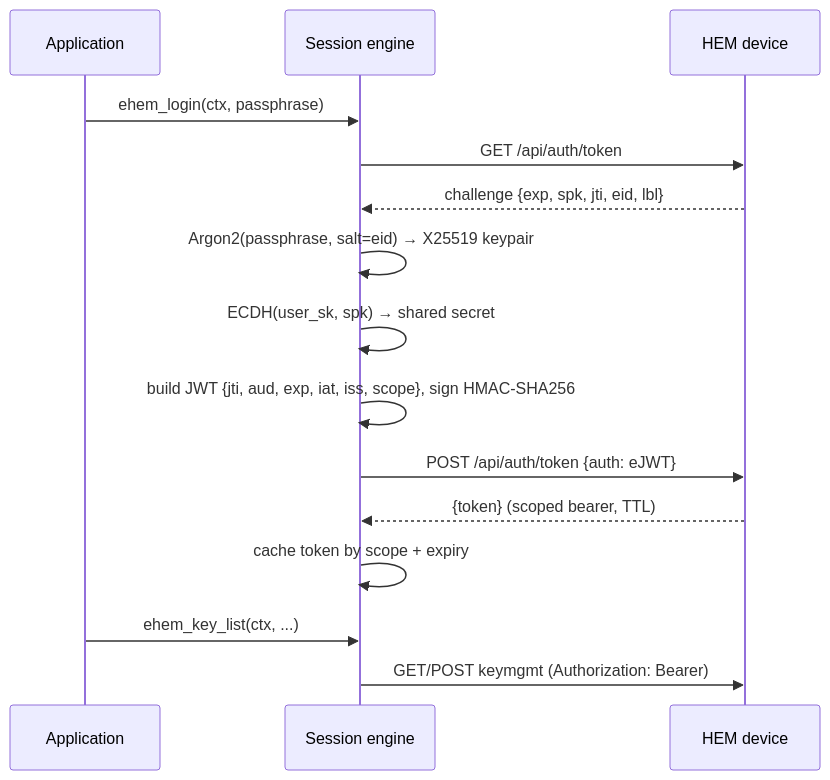
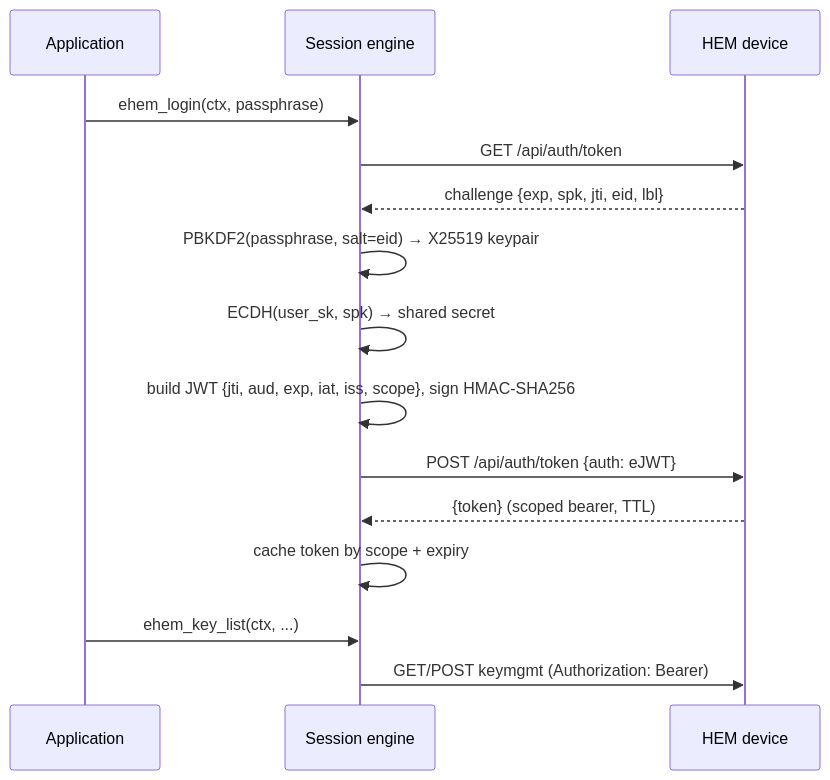
Before and after one commit to KajtomatO/encedo-hem-c-api: the second of 2 diagrams in ARCHITECTURE.md, drawn with Mermaid. The commit also changed other lines of this file and 112 other files, not shown here.

````diff
--- a/ARCHITECTURE.md
+++ b/ARCHITECTURE.md
@@ -250,17 +268,17 @@
 ```mermaid
 sequenceDiagram
     participant A as Application
     participant S as Session engine
     participant D as HEM device
     A->>S: ehem_login(ctx, passphrase)
     S->>D: GET /api/auth/token
     D-->>S: challenge {exp, spk, jti, eid, lbl}
-    S->>S: Argon2(passphrase, salt=eid) → X25519 keypair
+    S->>S: PBKDF2(passphrase, salt=eid) → X25519 keypair
     S->>S: ECDH(user_sk, spk) → shared secret
     S->>S: build JWT {jti, aud, exp, iat, iss, scope}, sign HMAC-SHA256
     S->>D: POST /api/auth/token {auth: eJWT}
     D-->>S: {token} (scoped bearer, TTL)
     S->>S: cache token by scope + expiry
     A->>S: ehem_key_list(ctx, ...)
     S->>D: GET/POST keymgmt (Authorization: Bearer)
 ```
````
